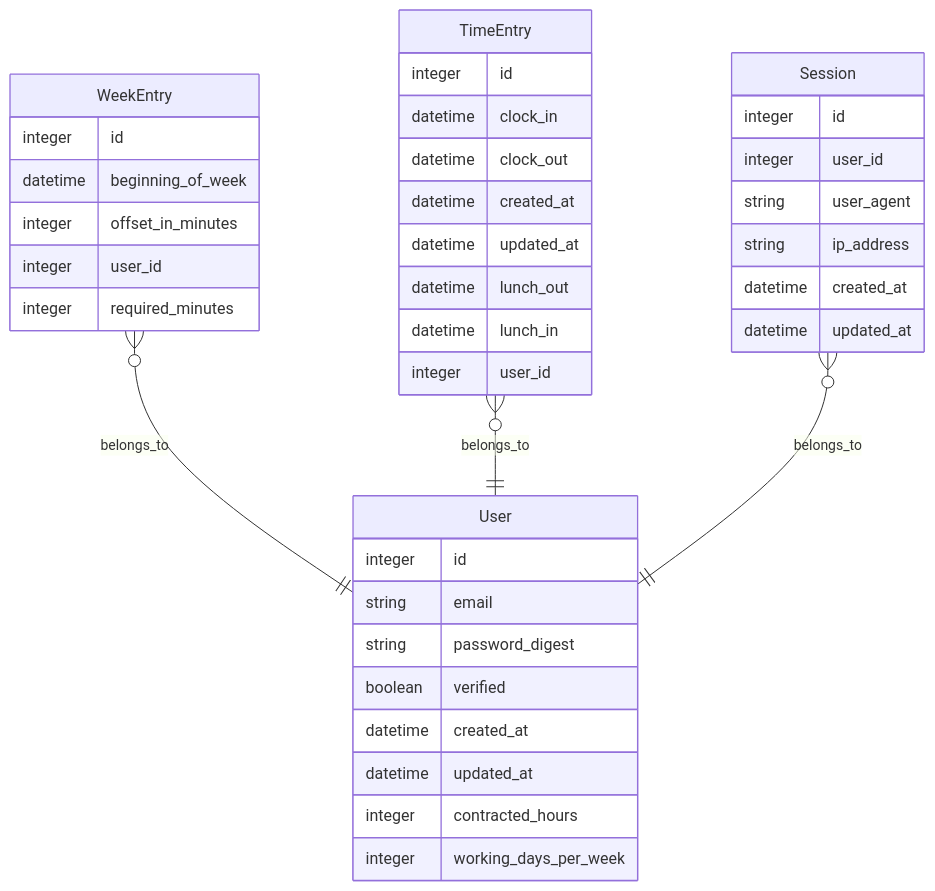
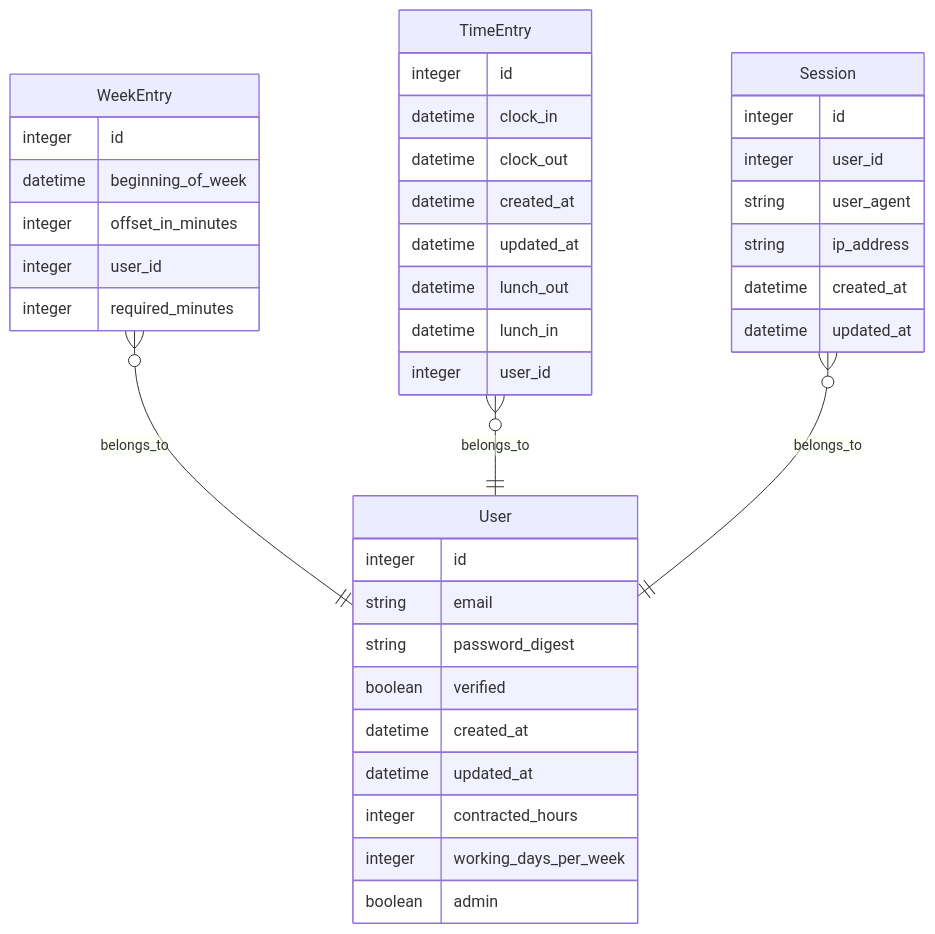
The diagram in documentation/domain-model.md (avinhurry/flexitime), drawn with Mermaid before and after one commit. The commit also changed 2 other files, not shown here.

Commit message:
Migration to Add admin to user

````diff
--- a/documentation/domain-model.md
+++ b/documentation/domain-model.md
@@ -1,41 +1,42 @@
 ```mermaid
 erDiagram
   WeekEntry {
     integer id
     datetime beginning_of_week
     integer offset_in_minutes
     integer user_id
     integer required_minutes
   }
   WeekEntry }o--|| User : belongs_to
   User {
     integer id
     string email
     string password_digest
     boolean verified
     datetime created_at
     datetime updated_at
     integer contracted_hours
     integer working_days_per_week
+    boolean admin
   }
   TimeEntry {
     integer id
     datetime clock_in
     datetime clock_out
     datetime created_at
     datetime updated_at
     datetime lunch_out
     datetime lunch_in
     integer user_id
   }
   TimeEntry }o--|| User : belongs_to
   Session {
     integer id
     integer user_id
     string user_agent
     string ip_address
     datetime created_at
     datetime updated_at
   }
   Session }o--|| User : belongs_to
 ```
````
